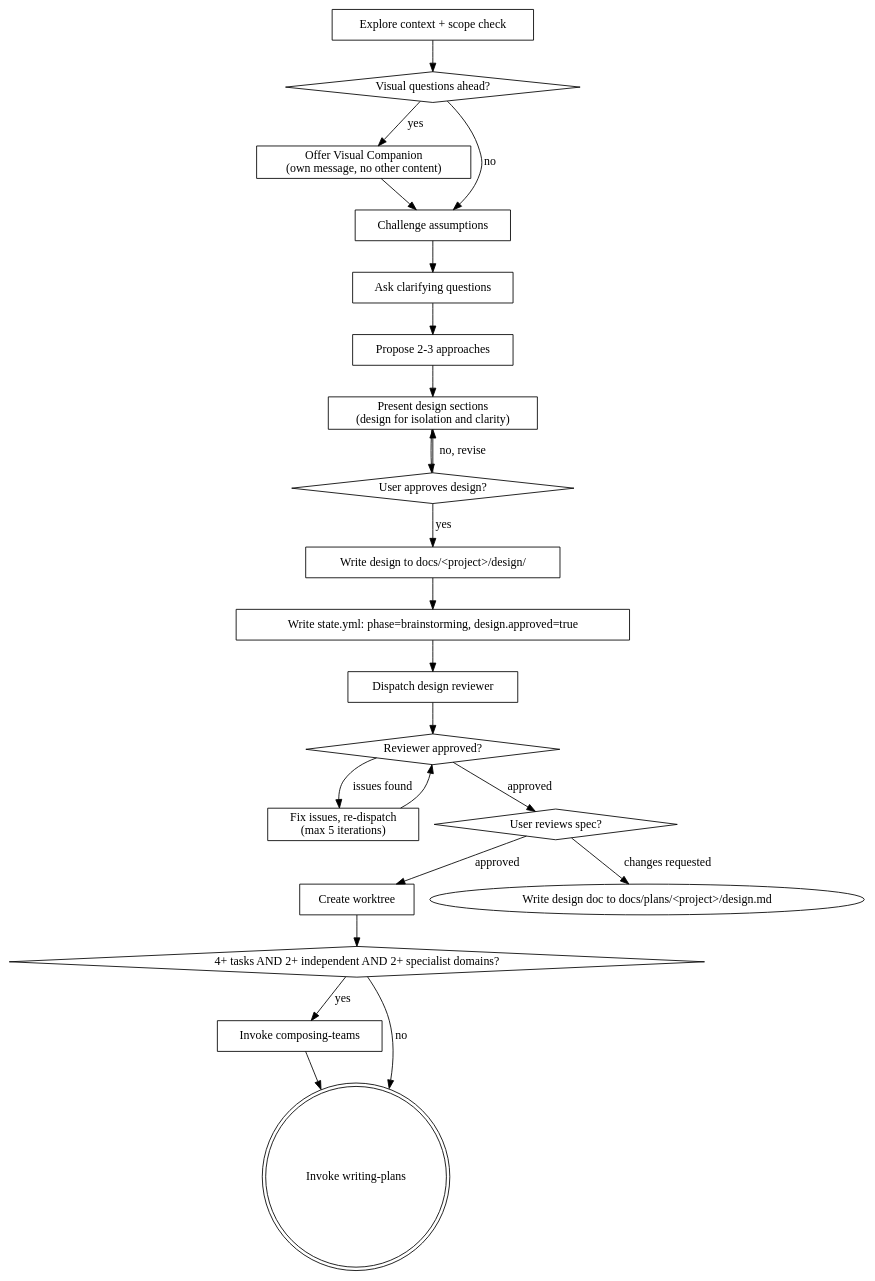
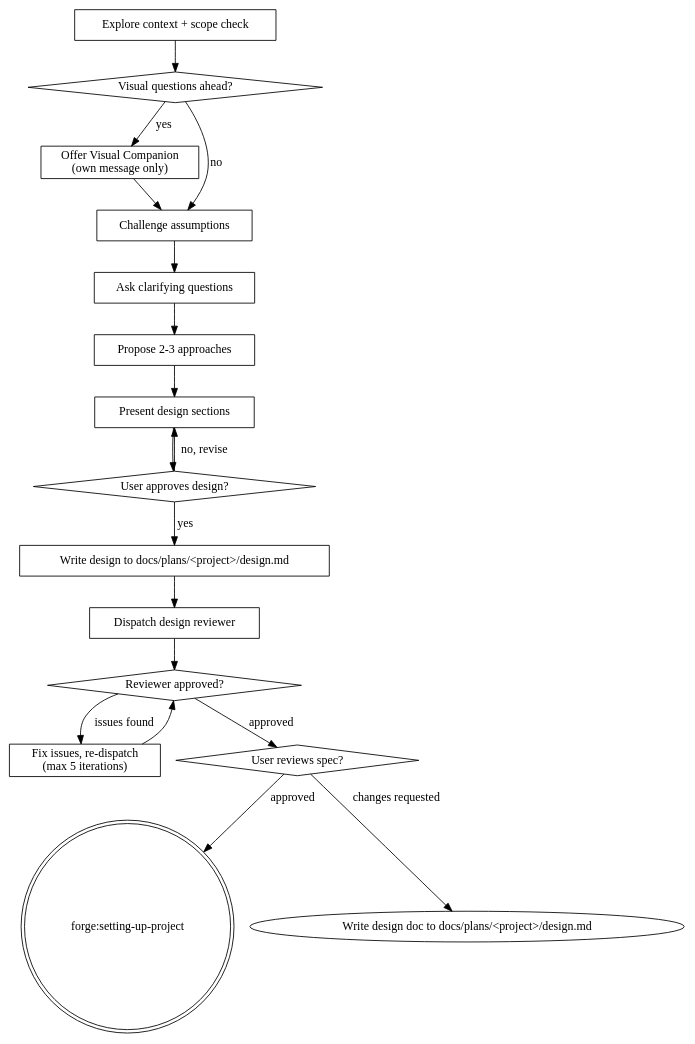
One commit to rahulsc/superpowers changed the diagram in skills/brainstorming/SKILL.md. Above: the diagram before and after it, drawn with Graphviz. The commit also changed other lines of this file, not shown here.

First line of the commit message:
feat: evolve brainstorming skill — design-only, hand off to setting-up-project

````diff
--- a/skills/brainstorming/SKILL.md
+++ b/skills/brainstorming/SKILL.md
@@ -46,45 +43,36 @@
 ```dot
 digraph brainstorming {
     "Explore context + scope check" [shape=box];
     "Visual questions ahead?" [shape=diamond];
-    "Offer Visual Companion\n(own message, no other content)" [shape=box];
+    "Offer Visual Companion\n(own message only)" [shape=box];
     "Challenge assumptions" [shape=box];
     "Ask clarifying questions" [shape=box];
     "Propose 2-3 approaches" [shape=box];
-    "Present design sections\n(design for isolation and clarity)" [shape=box];
+    "Present design sections" [shape=box];
     "User approves design?" [shape=diamond];
-    "Write design to docs/<project>/design/" [shape=box];
-    "Write state.yml: phase=brainstorming, design.approved=true" [shape=box];
+    "Write design to docs/plans/<project>/design.md" [shape=box];
     "Dispatch design reviewer" [shape=box];
     "Reviewer approved?" [shape=diamond];
     "Fix issues, re-dispatch\n(max 5 iterations)" [shape=box];
     "User reviews spec?" [shape=diamond];
-    "Create worktree" [shape=box];
-    "4+ tasks AND 2+ independent AND 2+ specialist domains?" [shape=diamond];
-    "Invoke composing-teams" [shape=box];
-    "Invoke writing-plans" [shape=doublecircle];
+    "forge:setting-up-project" [shape=doublecircle];
 
     "Explore context + scope check" -> "Visual questions ahead?";
-    "Visual questions ahead?" -> "Offer Visual Companion\n(own message, no other content)" [label="yes"];
+    "Visual questions ahead?" -> "Offer Visual Companion\n(own message only)" [label="yes"];
     "Visual questions ahead?" -> "Challenge assumptions" [label="no"];
-    "Offer Visual Companion\n(own message, no other content)" -> "Challenge assumptions";
+    "Offer Visual Companion\n(own message only)" -> "Challenge assumptions";
     "Challenge assumptions" -> "Ask clarifying questions";
     "Ask clarifying questions" -> "Propose 2-3 approaches";
-    "Propose 2-3 approaches" -> "Present design sections\n(design for isolation and clarity)";
-    "Present design sections\n(design for isolation and clarity)" -> "User approves design?";
-    "User approves design?" -> "Present design sections\n(design for isolation and clarity)" [label="no, revise"];
-    "User approves design?" -> "Write design to docs/<project>/design/" [label="yes"];
-    "Write design to docs/<project>/design/" -> "Write state.yml: phase=brainstorming, design.approved=true";
-    "Write state.yml: phase=brainstorming, design.approved=true" -> "Dispatch design reviewer";
+    "Propose 2-3 approaches" -> "Present design sections";
+    "Present design sections" -> "User approves design?";
+    "User approves design?" -> "Present design sections" [label="no, revise"];
+    "User approves design?" -> "Write design to docs/plans/<project>/design.md" [label="yes"];
+    "Write design to docs/plans/<project>/design.md" -> "Dispatch design reviewer";
     "Dispatch design reviewer" -> "Reviewer approved?";
     "Reviewer approved?" -> "Fix issues, re-dispatch\n(max 5 iterations)" [label="issues found"];
     "Reviewer approved?" -> "User reviews spec?" [label="approved"];
     "Fix issues, re-dispatch\n(max 5 iterations)" -> "Reviewer approved?";
     "User reviews spec?" -> "Write design doc to docs/plans/<project>/design.md" [label="changes requested"];
-    "User reviews spec?" -> "Create worktree" [label="approved"];
-    "Create worktree" -> "4+ tasks AND 2+ independent AND 2+ specialist domains?";
-    "4+ tasks AND 2+ independent AND 2+ specialist domains?" -> "Invoke composing-teams" [label="yes"];
-    "4+ tasks AND 2+ independent AND 2+ specialist domains?" -> "Invoke writing-plans" [label="no"];
-    "Invoke composing-teams" -> "Invoke writing-plans";
+    "User reviews spec?" -> "forge:setting-up-project" [label="approved"];
 }
 ```
````
